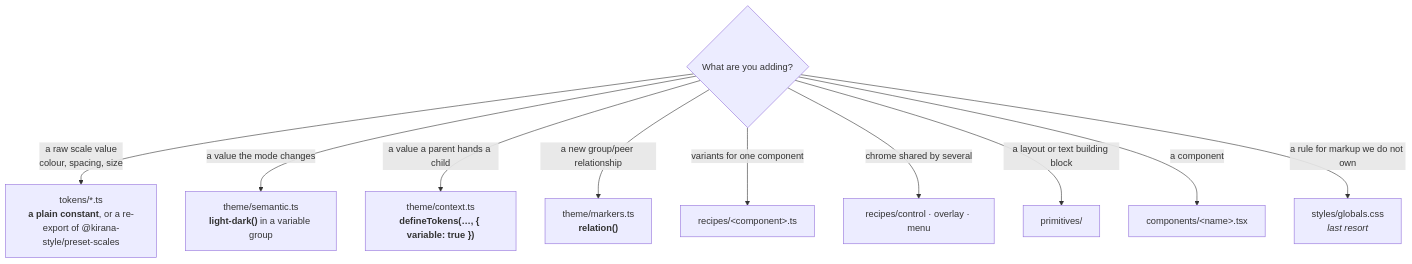
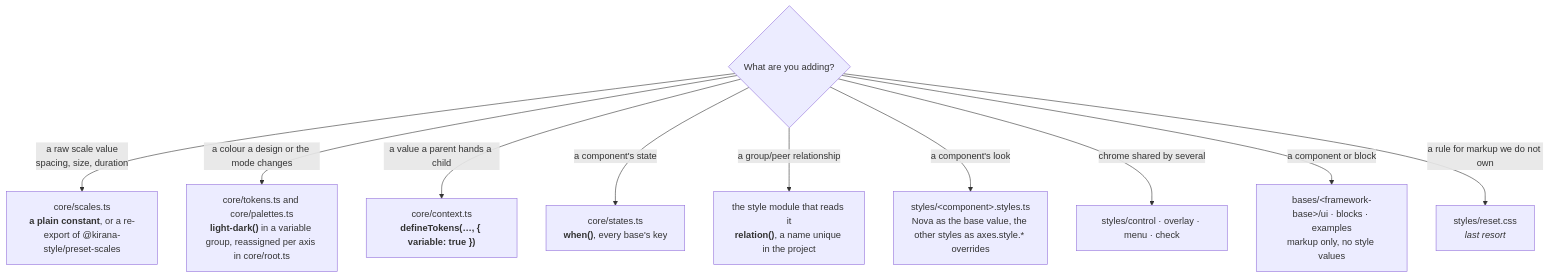
The diagram in docs/catalogue.md (kirana-style/kirana-ui), drawn with Mermaid before and after one commit. The commit also changed other lines of this file and 677 other files, not shown here.

Commit message:
feat: every upstream block, and the old copies retired (#70)

````diff
--- a/docs/catalogue.md
+++ b/docs/catalogue.md
@@ -13,13 +14,13 @@
 ```mermaid
 flowchart TD
     Q{"What are you adding?"}
-    Q -->|"a raw scale value<br/>colour, spacing, size"| T["tokens/*.ts<br/><b>a plain constant</b>, or a re-export of @kirana-style/preset-scales"]
-    Q -->|"a value the mode changes"| S["theme/semantic.ts<br/><b>light-dark()</b> in a variable group"]
-    Q -->|"a value a parent hands a child"| C["theme/context.ts<br/><b>defineTokens(…, { variable: true })</b>"]
-    Q -->|"a new group/peer relationship"| M["theme/markers.ts<br/><b>relation()</b>"]
-    Q -->|"variants for one component"| R1["recipes/&lt;component&gt;.ts"]
-    Q -->|"chrome shared by several"| R2["recipes/control · overlay · menu"]
-    Q -->|"a layout or text building block"| P["primitives/"]
-    Q -->|"a component"| K["components/&lt;name&gt;.tsx"]
-    Q -->|"a rule for markup we do not own"| G["styles/globals.css<br/><i>last resort</i>"]
+    Q -->|"a raw scale value<br/>spacing, size, duration"| T["core/scales.ts<br/><b>a plain constant</b>, or a re-export of @kirana-style/preset-scales"]
+    Q -->|"a colour a design or the mode changes"| S["core/tokens.ts and core/palettes.ts<br/><b>light-dark()</b> in a variable group, reassigned per axis in core/root.ts"]
+    Q -->|"a value a parent hands a child"| C["core/context.ts<br/><b>defineTokens(…, { variable: true })</b>"]
+    Q -->|"a component's state"| W["core/states.ts<br/><b>when()</b>, every base's key"]
+    Q -->|"a group/peer relationship"| M["the style module that reads it<br/><b>relation()</b>, a name unique in the project"]
+    Q -->|"a component's look"| R1["styles/&lt;component&gt;.styles.ts<br/>Nova as the base value, the other styles as axes.style.* overrides"]
+    Q -->|"chrome shared by several"| R2["styles/control · overlay · menu · check"]
+    Q -->|"a component or block"| K["bases/&lt;framework-base&gt;/ui · blocks · examples<br/>markup only, no style values"]
+    Q -->|"a rule for markup we do not own"| G["styles/reset.css<br/><i>last resort</i>"]
 ```
````
